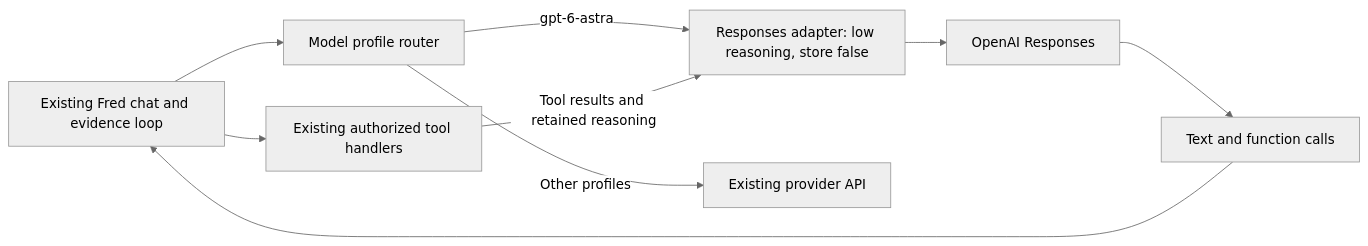
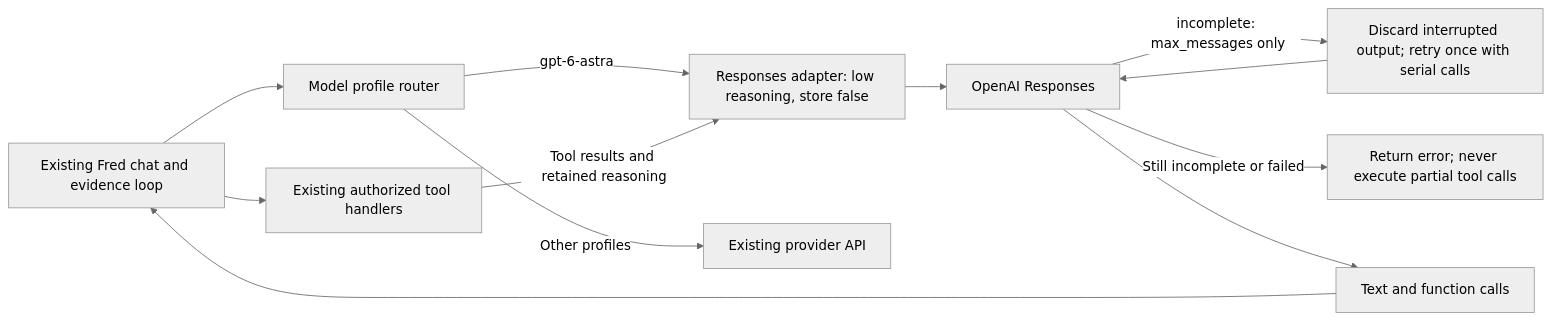
One commit to OlderschCoder/Network-Insight-Hub changed the diagram in docs/fred-astra-flow.mmd. Above: the diagram before and after it, drawn with Mermaid (neutral theme). The commit also changed 3 other files, not shown here.

```diff
--- a/docs/fred-astra-flow.mmd
+++ b/docs/fred-astra-flow.mmd
@@ -1,9 +1,12 @@
 flowchart LR
   Chat[Existing Fred chat and evidence loop] --> Router[Model profile router]
   Router -->|gpt-6-astra| Adapter[Responses adapter: low reasoning, store false]
   Router -->|Other profiles| Existing[Existing provider API]
   Adapter --> API[OpenAI Responses]
+  API -->|incomplete: max_messages only| Retry[Discard interrupted output; retry once with serial calls]
+  Retry --> API
+  API -->|Still incomplete or failed| Error[Return error; never execute partial tool calls]
   API --> Results[Text and function calls]
   Results --> Chat
   Chat --> Handlers[Existing authorized tool handlers]
   Handlers -->|Tool results and retained reasoning| Adapter
```
